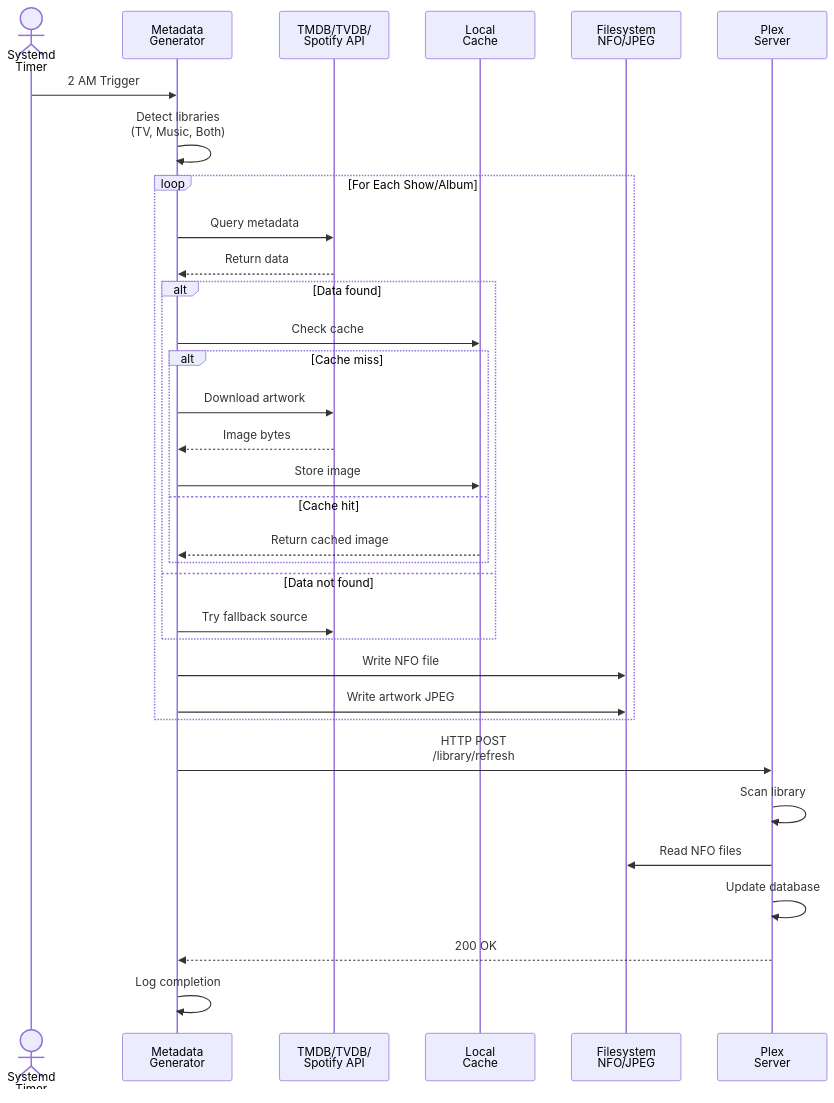
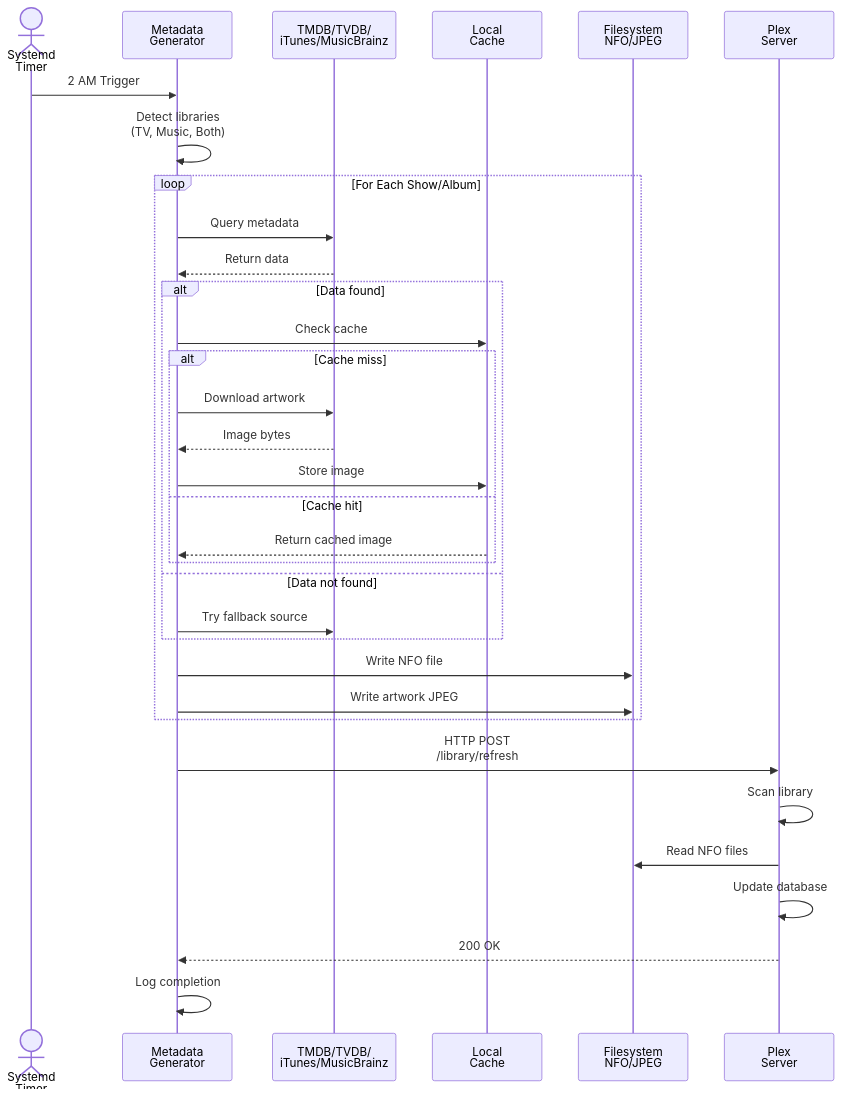
The fifth of 15 diagrams in docs/WORKFLOWS_AND_DIAGRAMS.md (roto31/Plex-NFO-creator-and-Poster-Art-creator), drawn with Mermaid before and after one commit. The commit also changed other lines of this file and 7 other files, not shown here.

First line of the commit message:
docs: complete Spotify → iTunes/MusicKit sweep and update extract_artwork docs

````diff
--- a/docs/WORKFLOWS_AND_DIAGRAMS.md
+++ b/docs/WORKFLOWS_AND_DIAGRAMS.md
@@ -157,42 +159,42 @@
 ```mermaid
 sequenceDiagram
     actor Timer as Systemd<br/>Timer
     participant Gen as Metadata<br/>Generator
-    participant API as TMDB/TVDB/<br/>Spotify API
+    participant API as TMDB/TVDB/<br/>iTunes/MusicBrainz
     participant Cache as Local<br/>Cache
     participant FS as Filesystem<br/>NFO/JPEG
     participant Plex as Plex<br/>Server
     
     Timer ->> Gen: 2 AM Trigger
     
     Gen ->> Gen: Detect libraries<br/>(TV, Music, Both)
     
     loop For Each Show/Album
         Gen ->> API: Query metadata
         API -->> Gen: Return data
         
         alt Data found
             Gen ->> Cache: Check cache
             alt Cache miss
                 Gen ->> API: Download artwork
                 API -->> Gen: Image bytes
                 Gen ->> Cache: Store image
             else Cache hit
                 Cache -->> Gen: Return cached image
             end
         else Data not found
             Gen ->> API: Try fallback source
         end
         
         Gen ->> FS: Write NFO file
         Gen ->> FS: Write artwork JPEG
     end
     
     Gen ->> Plex: HTTP POST<br/>/library/refresh
     Plex ->> Plex: Scan library
     Plex ->> FS: Read NFO files
     Plex ->> Plex: Update database
     Plex -->> Gen: 200 OK
     
     Gen ->> Gen: Log completion
 ```
````
